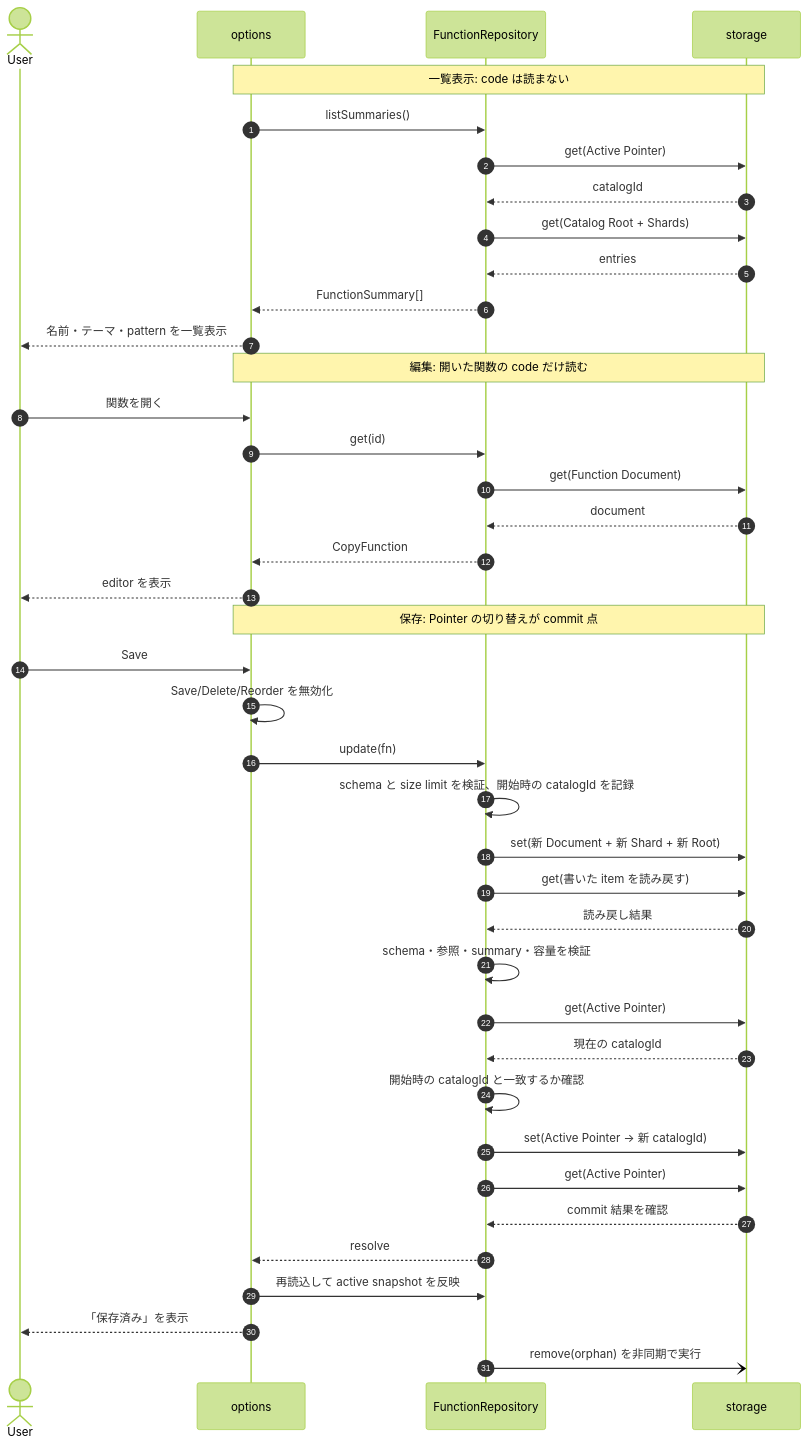
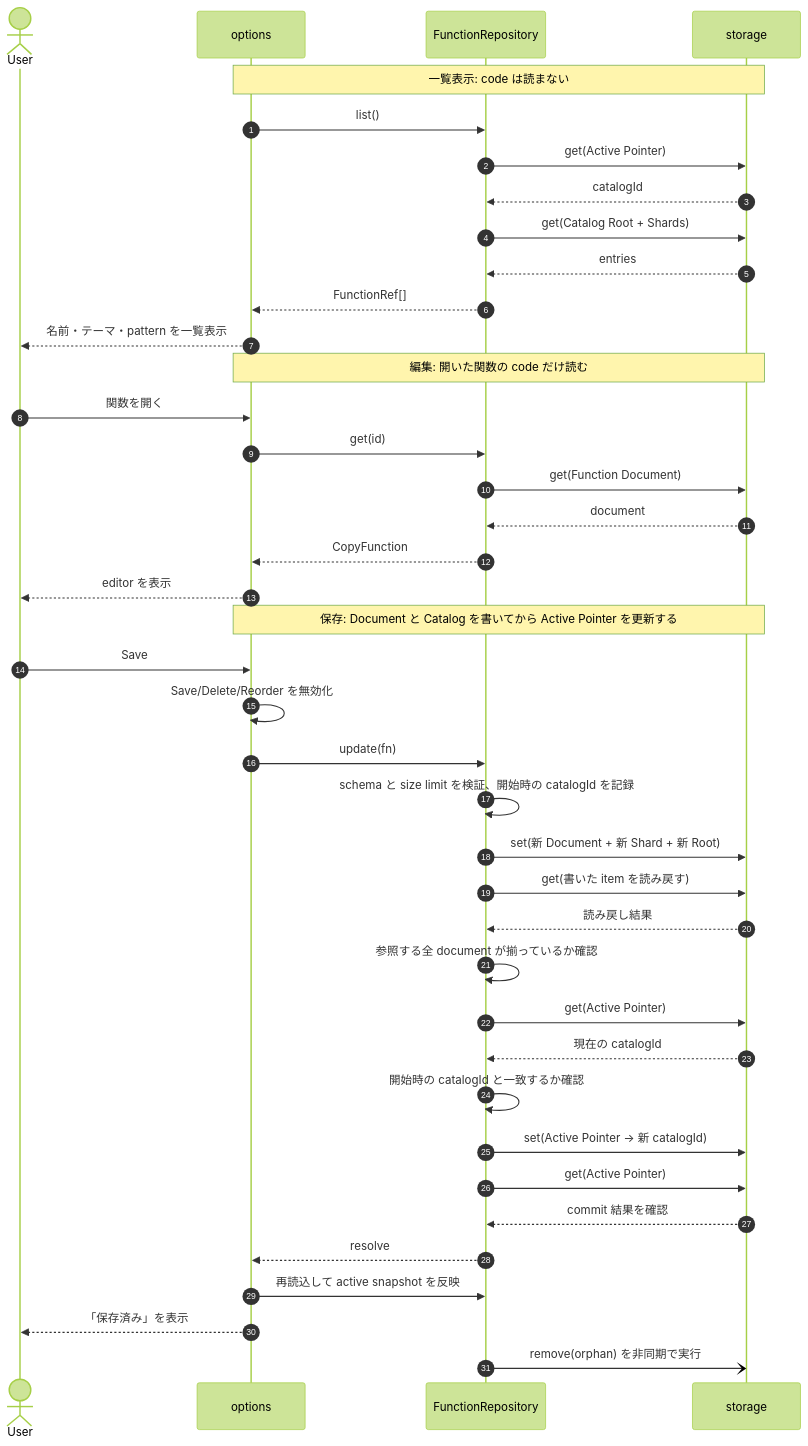
One commit to pokutuna/chrome-cocopy changed the second of 5 diagrams in docs/function-storage.md. Above: the diagram before and after it, drawn with Mermaid (forest theme). The commit also changed other lines of this file, not shown here.

First line of the commit message:
docs: rename FunctionSummary to FunctionRef and narrow commit verification

````diff
--- a/docs/function-storage.md
+++ b/docs/function-storage.md
@@ -115,45 +115,45 @@
 ```mermaid
 sequenceDiagram
   autonumber
   actor User
   participant Options as options
   participant Repo as FunctionRepository
   participant Storage as storage
 
   Note over Options,Storage: 一覧表示: code は読まない
-  Options->>Repo: listSummaries()
+  Options->>Repo: list()
   Repo->>Storage: get(Active Pointer)
   Storage-->>Repo: catalogId
   Repo->>Storage: get(Catalog Root + Shards)
   Storage-->>Repo: entries
-  Repo-->>Options: FunctionSummary[]
+  Repo-->>Options: FunctionRef[]
   Options-->>User: 名前・テーマ・pattern を一覧表示
 
   Note over Options,Storage: 編集: 開いた関数の code だけ読む
   User->>Options: 関数を開く
   Options->>Repo: get(id)
   Repo->>Storage: get(Function Document)
   Storage-->>Repo: document
   Repo-->>Options: CopyFunction
   Options-->>User: editor を表示
 
-  Note over Options,Storage: 保存: Pointer の切り替えが commit 点
+  Note over Options,Storage: 保存: Document と Catalog を書いてから Active Pointer を更新する
   User->>Options: Save
   Options->>Options: Save/Delete/Reorder を無効化
   Options->>Repo: update(fn)
   Repo->>Repo: schema と size limit を検証、開始時の catalogId を記録
   Repo->>Storage: set(新 Document + 新 Shard + 新 Root)
   Repo->>Storage: get(書いた item を読み戻す)
   Storage-->>Repo: 読み戻し結果
-  Repo->>Repo: schema・参照・summary・容量を検証
+  Repo->>Repo: 参照する全 document が揃っているか確認
   Repo->>Storage: get(Active Pointer)
   Storage-->>Repo: 現在の catalogId
   Repo->>Repo: 開始時の catalogId と一致するか確認
   Repo->>Storage: set(Active Pointer → 新 catalogId)
   Repo->>Storage: get(Active Pointer)
   Storage-->>Repo: commit 結果を確認
   Repo-->>Options: resolve
   Options->>Repo: 再読込して active snapshot を反映
   Options-->>User: 「保存済み」を表示
   Repo-)Storage: remove(orphan) を非同期で実行
 ```
````
